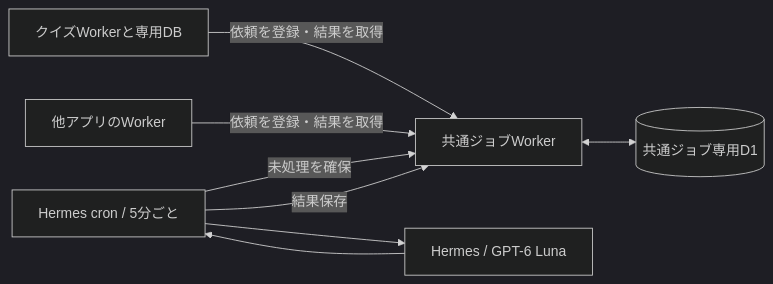
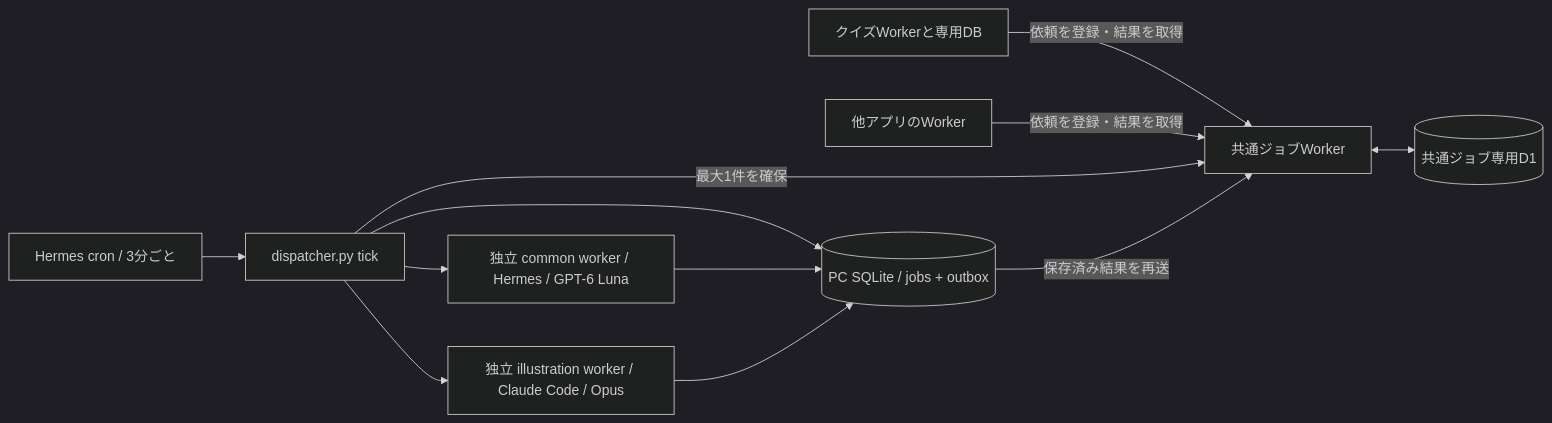
One commit to kzmszk/hermes-llm-jobs changed the diagram in README.md. Above: the diagram before and after it, drawn with Mermaid (dark theme). The commit also changed other lines of this file and 2 other files, not shown here.

Commit message:
feat: dispatch queued LLM jobs through SQLite workers

````diff
--- a/README.md
+++ b/README.md
@@ -10,10 +10,14 @@
 ```mermaid
 flowchart LR
   Quiz[クイズWorkerと専用DB] -->|依頼を登録・結果を取得| API[共通ジョブWorker]
   Other[他アプリのWorker] -->|依頼を登録・結果を取得| API
   API <--> DB[(共通ジョブ専用D1)]
-  Cron[Hermes cron / 5分ごと] -->|未処理を確保| API
-  Cron --> Agent[Hermes / GPT-6 Luna]
-  Agent --> Cron
-  Cron -->|結果保存| API
+  Cron[Hermes cron / 3分ごと] --> Tick[dispatcher.py tick]
+  Tick -->|最大1件を確保| API
+  Tick --> Local[(PC SQLite / jobs + outbox)]
+  Tick --> Common[独立 common worker / Hermes / GPT-6 Luna]
+  Tick --> Art[独立 illustration worker / Claude Code / Opus]
+  Common --> Local
+  Art --> Local
+  Local -->|保存済み結果を再送| API
 ```
````
